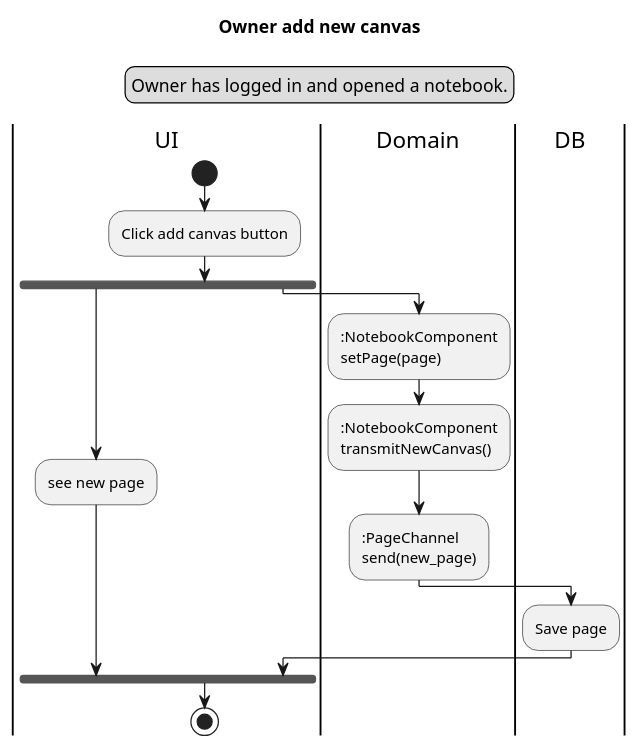
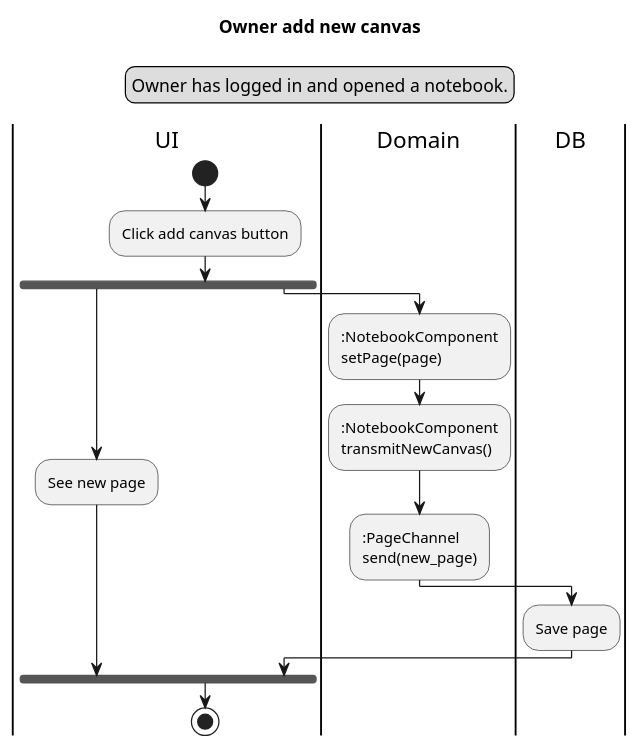
Before and after one commit to calebschoepp/canvasync: the diagram in docs/preliminary_design/owner_add_new_canvas_ad.plantuml, drawn with PlantUML. The commit also changed 19 other files, not shown here.

Commit message:
Lotta uml

```diff
--- a/docs/preliminary_design/owner_add_new_canvas_ad.plantuml
+++ b/docs/preliminary_design/owner_add_new_canvas_ad.plantuml
@@ -1,26 +1,26 @@
 @startuml Owner add new canvas
 Title Owner add new canvas
 legend top
 Owner has logged in and opened a notebook.
 endlegend
 
 |UI|
 start
 :Click add canvas button;
 fork
     |UI|
-    :see new page;
+    :See new page;
 fork again
     |Domain|
     ::NotebookComponent
     setPage(page);
     ::NotebookComponent
     transmitNewCanvas();
     ::PageChannel
     send(new_page);
     |DB|
     :Save page;
     |UI|
 end fork
 stop
 @enduml
```
